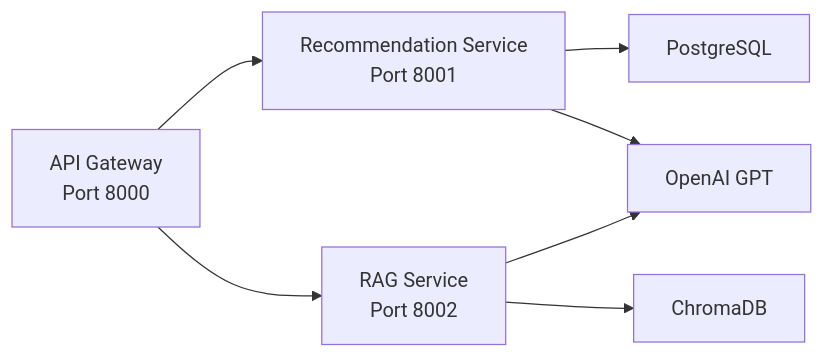
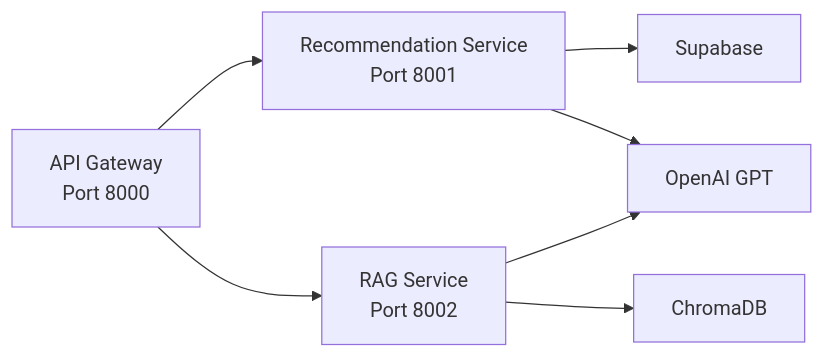
One commit to ajaysathriai-afk/cardwise-ai-platform changed the second of 4 diagrams in README.md. Above: the diagram before and after it, drawn with Mermaid. The commit also changed other lines of this file, not shown here.

````diff
--- a/README.md
+++ b/README.md
@@ -113,17 +117,17 @@
 ```mermaid
 flowchart LR
 
 A[API Gateway<br>Port 8000]
 
 A --> B[Recommendation Service<br>Port 8001]
 
 A --> C[RAG Service<br>Port 8002]
 
-B --> D[PostgreSQL]
+B --> D[Supabase]
 
 B --> E[OpenAI GPT]
 
 C --> F[ChromaDB]
 
 C --> E
 ```
````
